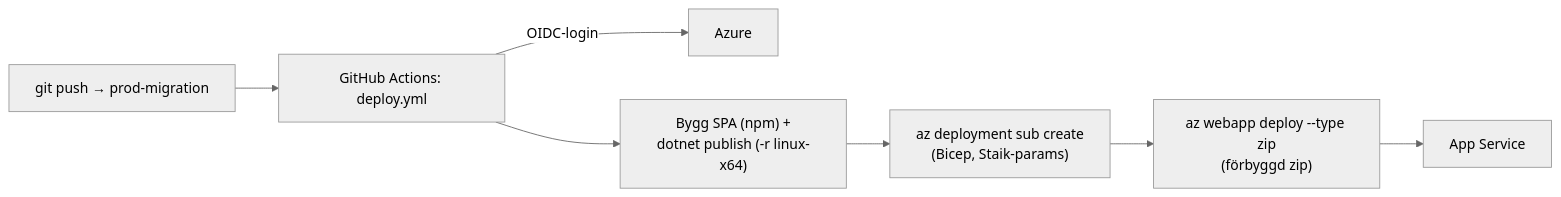
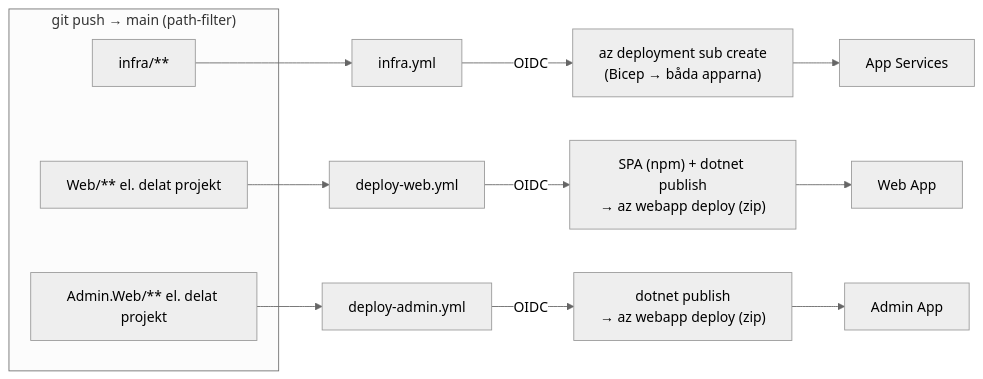
Before and after one commit to antfolkarn/Stuff_In_A_Box: the eighth of 9 diagrams in docs/ARCHITECTURE.md, drawn with Mermaid (neutral theme). The commit also changed other lines of this file and 5 other files, not shown here.

First line of the commit message:
CI/CD: split deploy into path-triggered infra + per-app pipelines

````diff
--- a/docs/ARCHITECTURE.md
+++ b/docs/ARCHITECTURE.md
@@ -399,9 +402,14 @@
 ```mermaid
 flowchart LR
-    Push["git push → prod-migration"] --> GH["GitHub Actions: deploy.yml"]
-    GH -->|OIDC-login| AZ["Azure"]
-    GH --> B1["Bygg SPA (npm) +<br/>dotnet publish (-r linux-x64)"]
-    B1 --> B2["az deployment sub create<br/>(Bicep, Staik-params)"]
-    B2 --> B3["az webapp deploy --type zip<br/>(förbyggd zip)"]
-    B3 --> App["App Service"]
+    subgraph Push["git push → main (path-filter)"]
+      Pi["infra/**"]
+      Pw["Web/** el. delat projekt"]
+      Pa["Admin.Web/** el. delat projekt"]
+    end
+    Pi --> Wi["infra.yml"]
+    Pw --> Ww["deploy-web.yml"]
+    Pa --> Wa["deploy-admin.yml"]
+    Wi -->|OIDC| B2["az deployment sub create<br/>(Bicep → båda apparna)"] --> App1["App Services"]
+    Ww -->|OIDC| Bw["SPA (npm) + dotnet publish<br/>→ az webapp deploy (zip)"] --> AppW["Web App"]
+    Wa -->|OIDC| Ba["dotnet publish<br/>→ az webapp deploy (zip)"] --> AppA["Admin App"]
 ```
````
